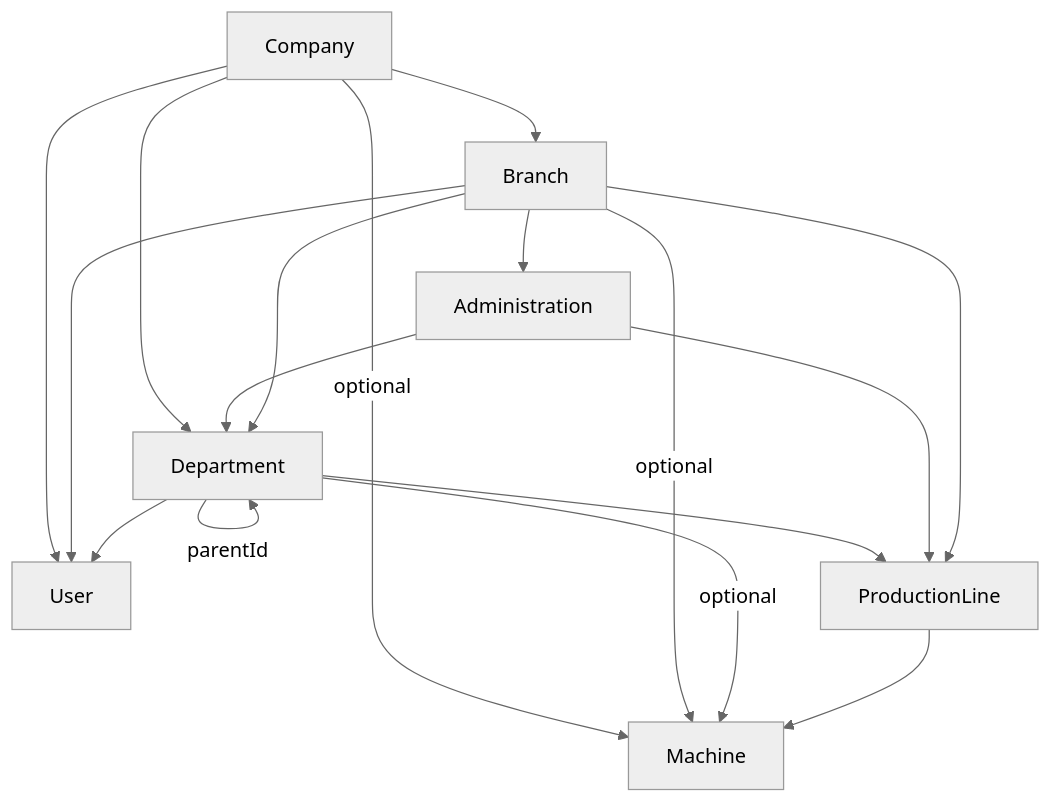
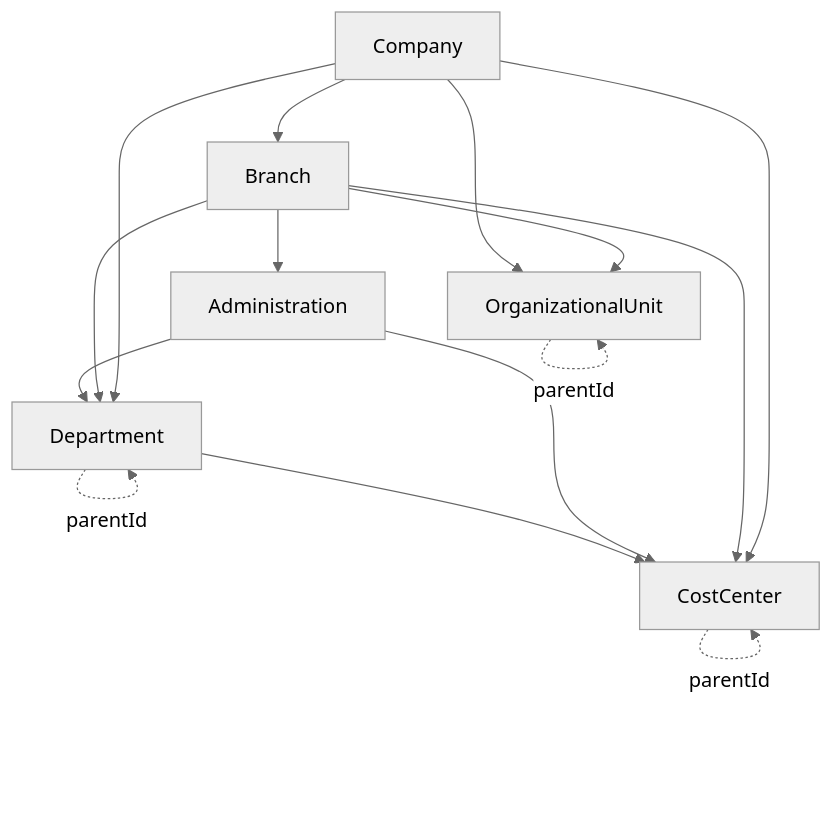
Before and after one commit to attef7474-byte/ATsoftERP: the first of 9 diagrams in docs/proofs/atsofterp-current-architecture-discovery-report.md, drawn with Mermaid (neutral theme). The commit also changed other lines of this file and 142 other files, not shown here.

````diff
--- a/docs/proofs/atsofterp-current-architecture-discovery-report.md
+++ b/docs/proofs/atsofterp-current-architecture-discovery-report.md
@@ -205,19 +368,17 @@
 ```mermaid
 graph TD
     Company --> Branch
     Branch --> Administration
+    Company --> Department
     Branch --> Department
     Administration --> Department
-    Company --> Department
-    Department -->|parentId| Department
-    Department --> User
-    Branch --> User
-    Company --> User
-    Branch --> ProductionLine
-    Administration --> ProductionLine
-    Department --> ProductionLine
-    ProductionLine --> Machine
-    Department -->|optional| Machine
-    Branch -->|optional| Machine
-    Company -->|optional| Machine
+    Department -.->|parentId| Department
+    Branch --> OrganizationalUnit
+    Company --> OrganizationalUnit
+    OrganizationalUnit -.->|parentId| OrganizationalUnit
+    Company --> CostCenter
+    Branch --> CostCenter
+    Administration --> CostCenter
+    Department --> CostCenter
+    CostCenter -.->|parentId| CostCenter
 ```
````
